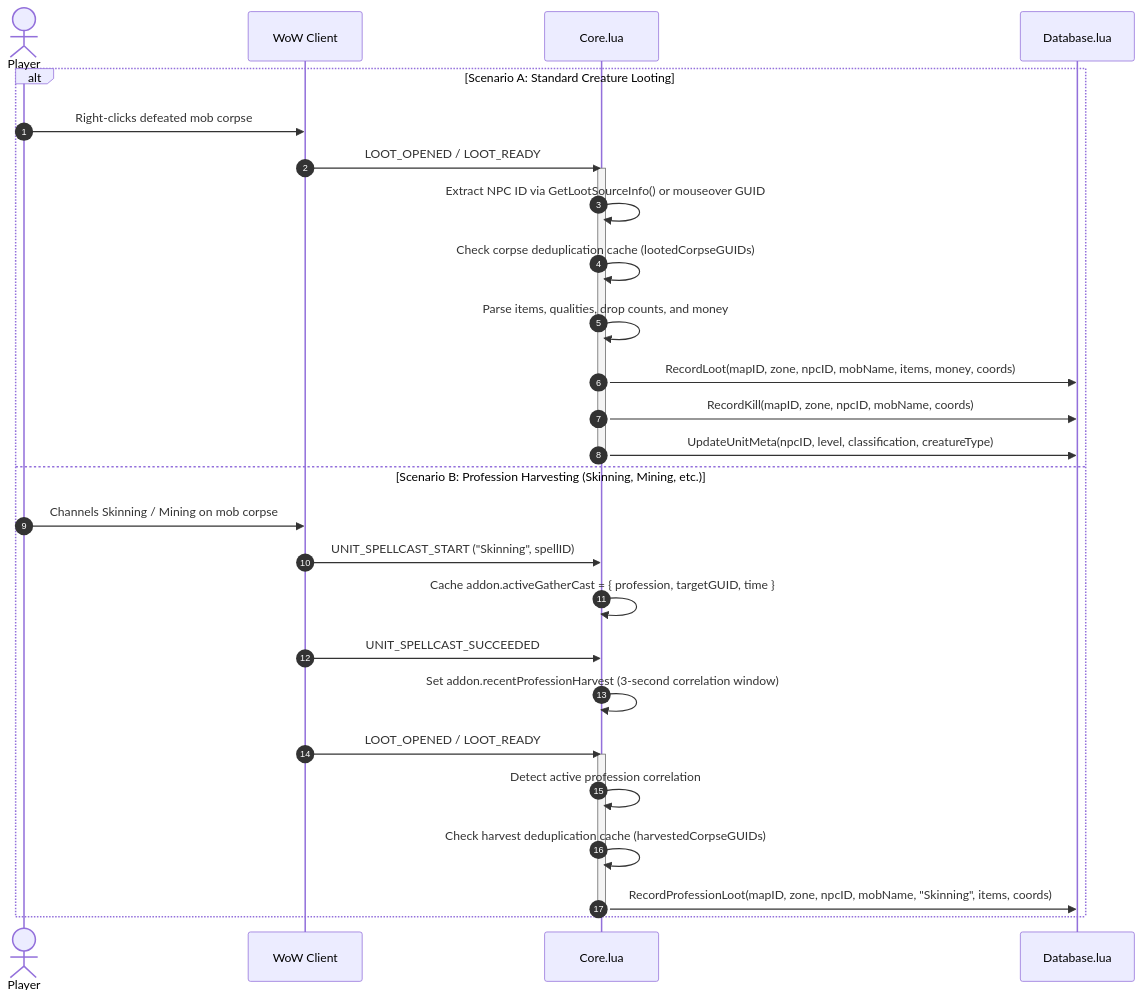
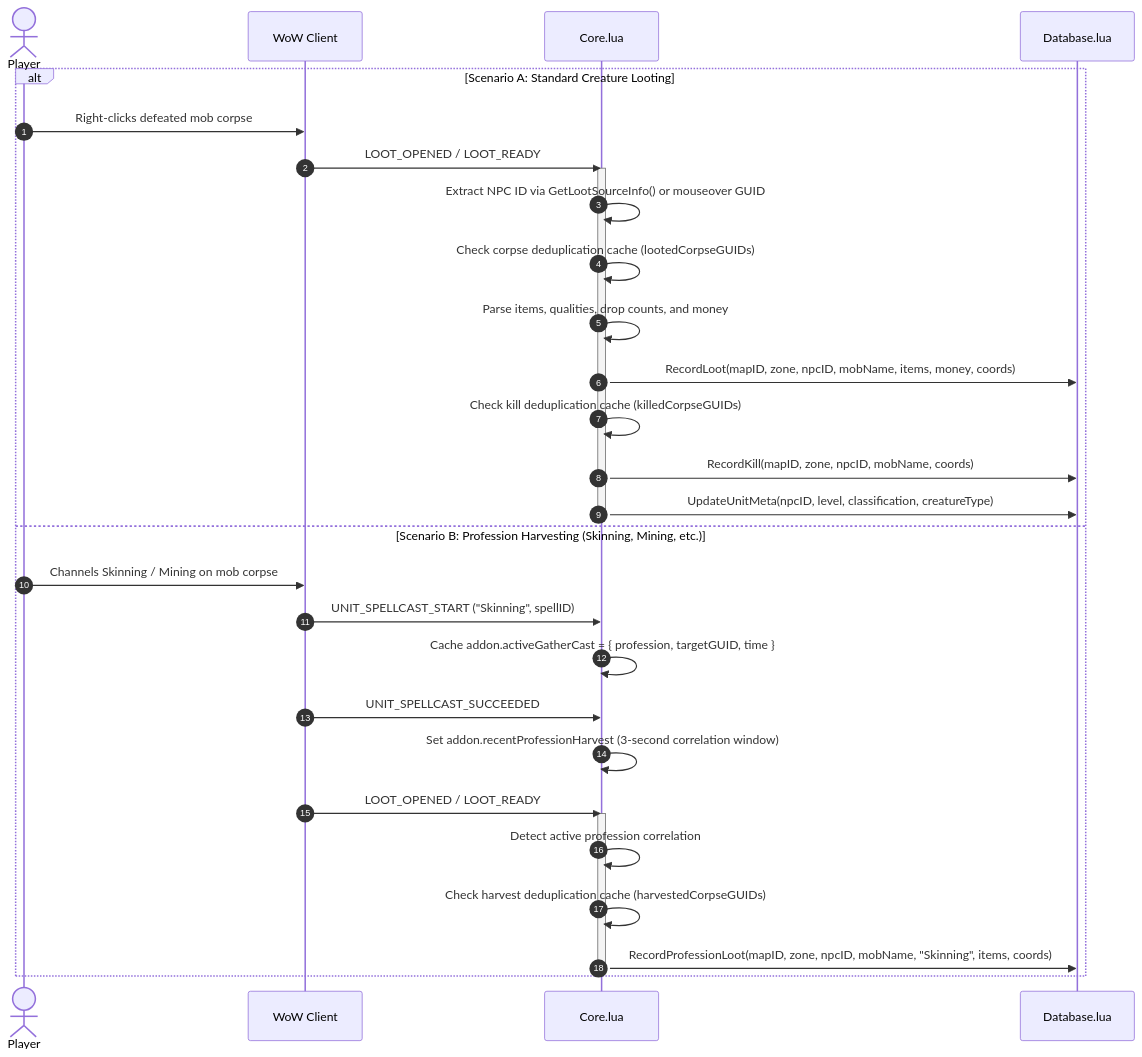
Before and after one commit to bguerre20/AzerothCreatureCompendium: the fourth of 5 diagrams in docs/ARCHITECTURE.md, drawn with Mermaid. The commit also changed 7 other files, not shown here.

````diff
--- a/docs/ARCHITECTURE.md
+++ b/docs/ARCHITECTURE.md
@@ -201,33 +201,34 @@
 ```mermaid
 sequenceDiagram
     autonumber
     actor Player
     participant Client as WoW Client
     participant Core as Core.lua
     participant DB as Database.lua
 
     alt Scenario A: Standard Creature Looting
         Player->>Client: Right-clicks defeated mob corpse
         Client->>Core: LOOT_OPENED / LOOT_READY
         activate Core
         Core->>Core: Extract NPC ID via GetLootSourceInfo() or mouseover GUID
         Core->>Core: Check corpse deduplication cache (lootedCorpseGUIDs)
         Core->>Core: Parse items, qualities, drop counts, and money
         Core->>DB: RecordLoot(mapID, zone, npcID, mobName, items, money, coords)
+        Core->>Core: Check kill deduplication cache (killedCorpseGUIDs)
         Core->>DB: RecordKill(mapID, zone, npcID, mobName, coords)
         Core->>DB: UpdateUnitMeta(npcID, level, classification, creatureType)
         deactivate Core
     else Scenario B: Profession Harvesting (Skinning, Mining, etc.)
         Player->>Client: Channels Skinning / Mining on mob corpse
         Client->>Core: UNIT_SPELLCAST_START ("Skinning", spellID)
         Core->>Core: Cache addon.activeGatherCast = { profession, targetGUID, time }
         Client->>Core: UNIT_SPELLCAST_SUCCEEDED
         Core->>Core: Set addon.recentProfessionHarvest (3-second correlation window)
         Client->>Core: LOOT_OPENED / LOOT_READY
         activate Core
         Core->>Core: Detect active profession correlation
         Core->>Core: Check harvest deduplication cache (harvestedCorpseGUIDs)
         Core->>DB: RecordProfessionLoot(mapID, zone, npcID, mobName, "Skinning", items, coords)
         deactivate Core
     end
 ```
````
